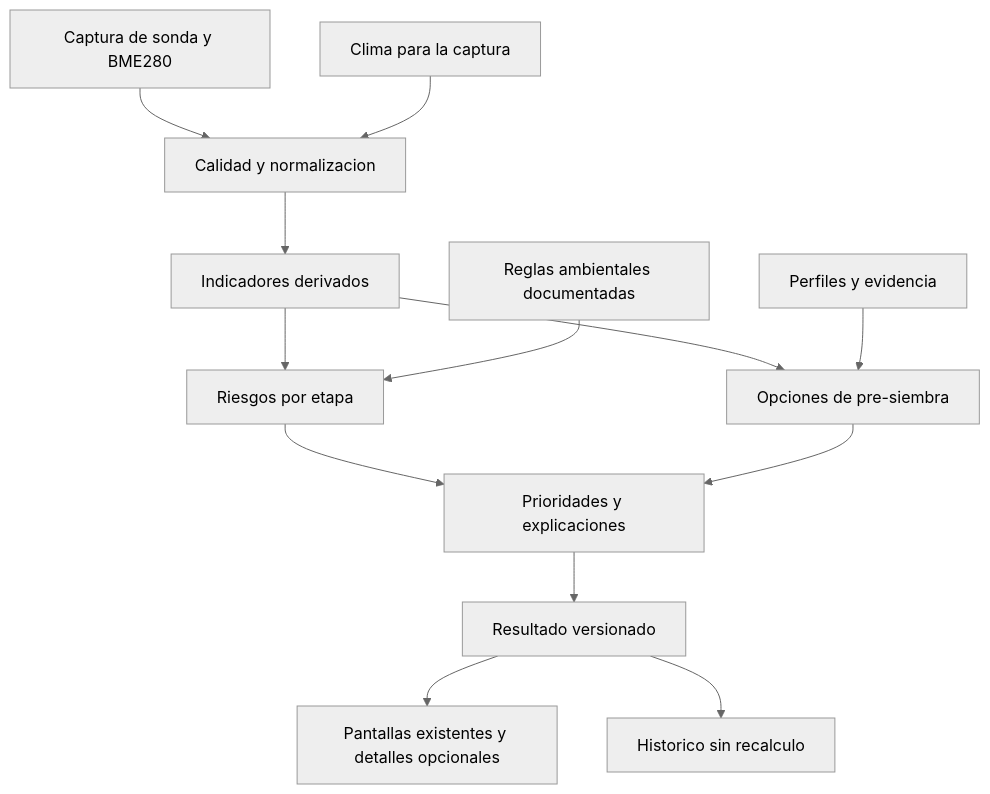
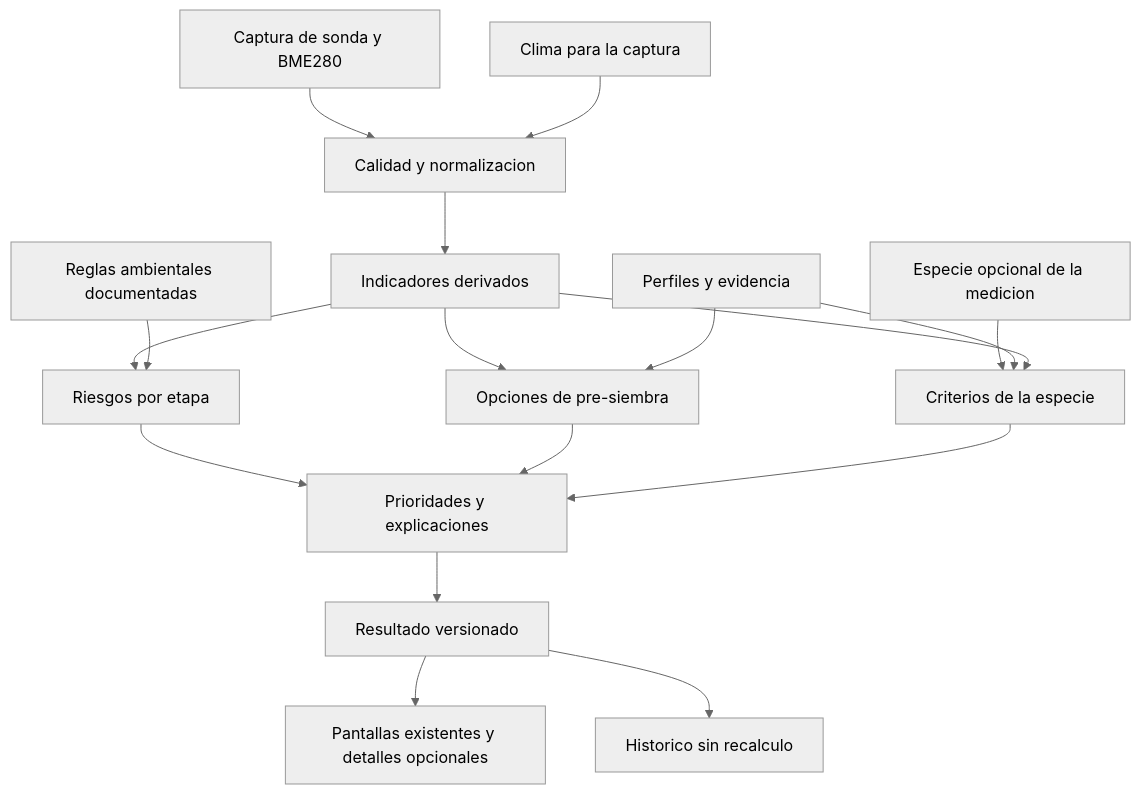
The diagram in App/MOTOR_AGRONOMICO.md (Alvarinhoooo7/TerraSence), drawn with Mermaid (neutral theme) before and after one commit. The commit also changed other lines of this file and 46 other files, not shown here.

````diff
--- a/App/MOTOR_AGRONOMICO.md
+++ b/App/MOTOR_AGRONOMICO.md
@@ -106,15 +110,19 @@
 ```mermaid
 flowchart TD
     A[Captura de sonda y BME280] --> Q[Calidad y normalizacion]
     B[Clima para la captura] --> Q
     Q --> I[Indicadores derivados]
     I --> R[Riesgos por etapa]
     I --> C[Opciones de pre-siembra]
     E[Perfiles y evidencia] --> C
+    U[Especie opcional de la medicion] --> P[Criterios de la especie]
+    E --> P
+    I --> P
     F[Reglas ambientales documentadas] --> R
     R --> D[Prioridades y explicaciones]
     C --> D
+    P --> D
     D --> S[Resultado versionado]
     S --> V[Pantallas existentes y detalles opcionales]
     S --> H[Historico sin recalculo]
 ```
````
